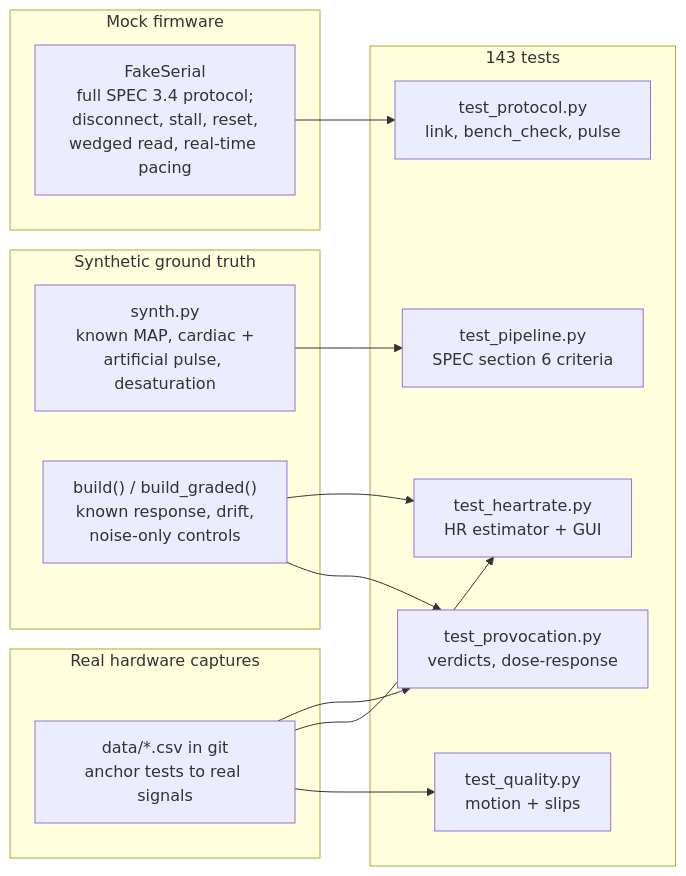
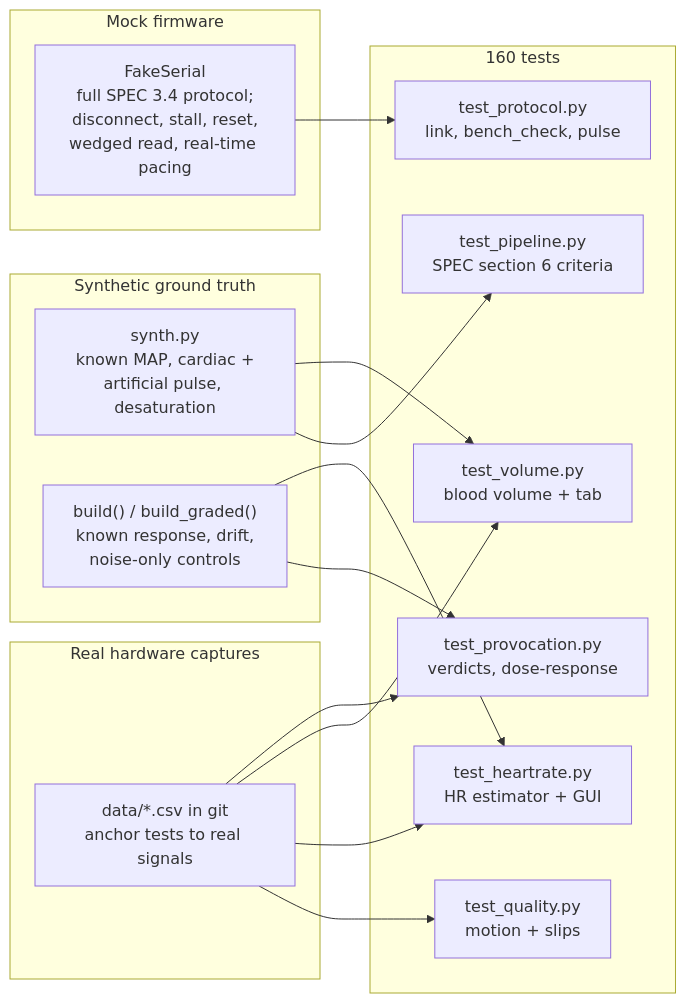
One commit to akkhilmorkonda/MAPQuest_PPG changed the ninth of 9 diagrams in docs/architecture.md. Above: the diagram before and after it, drawn with Mermaid. The commit also changed other lines of this file and 6 other files, not shown here.

First line of the commit message:
Add blood-volume tab to the PPG monitor

````diff
--- a/docs/architecture.md
+++ b/docs/architecture.md
@@ -298,27 +348,30 @@
 ```mermaid
 flowchart LR
     subgraph SYN["Synthetic ground truth"]
         SYNTH["synth.py<br/>known MAP, cardiac +<br/>artificial pulse, desaturation"]
         PBUILD["build() / build_graded()<br/>known response, drift,<br/>noise-only controls"]
     end
     subgraph MOCK["Mock firmware"]
         FAKE["FakeSerial<br/>full SPEC 3.4 protocol;<br/>disconnect, stall, reset,<br/>wedged read, real-time pacing"]
     end
     subgraph HW["Real hardware captures"]
         CAP["data/*.csv in git<br/>anchor tests to real signals"]
     end
-    subgraph TESTS["143 tests"]
+    subgraph TESTS["160 tests"]
         T1["test_pipeline.py<br/>SPEC section 6 criteria"]
         T2["test_protocol.py<br/>link, bench_check, pulse"]
         T3["test_provocation.py<br/>verdicts, dose-response"]
         T4["test_quality.py<br/>motion + slips"]
         T5["test_heartrate.py<br/>HR estimator + GUI"]
+        T6["test_volume.py<br/>blood volume + tab"]
     end
     SYNTH --> T1
     FAKE --> T2
     PBUILD --> T3
     CAP --> T4
     CAP --> T5
+    CAP --> T6
+    SYNTH --> T6
     PBUILD --> T5
     CAP --> T3
 ```
````
